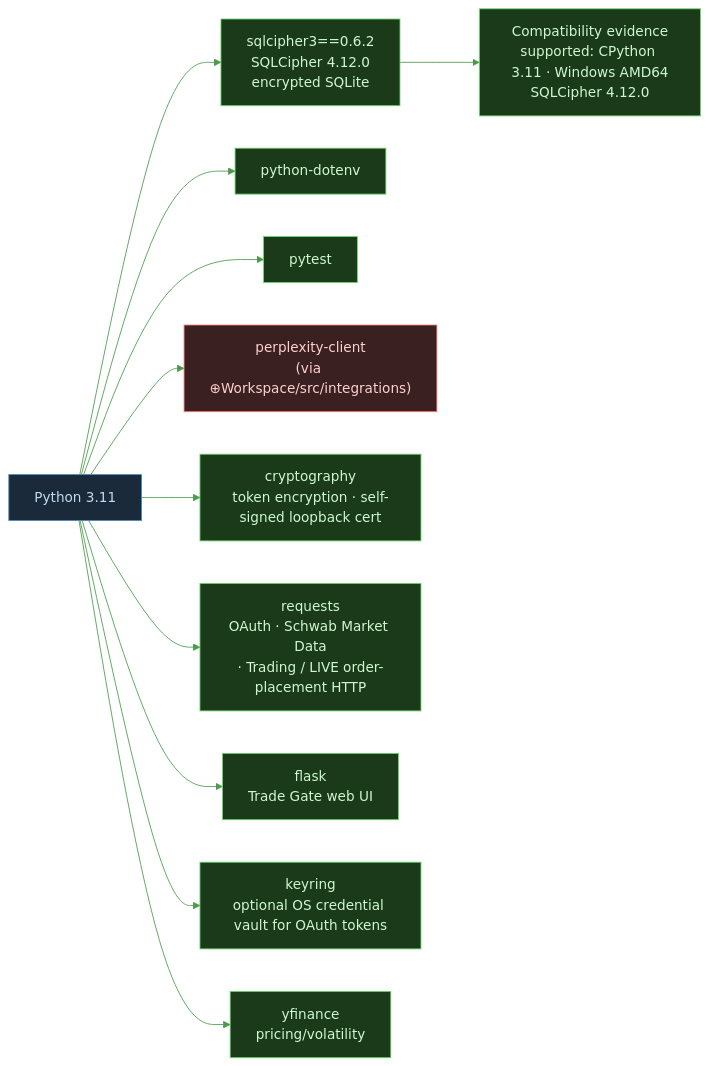
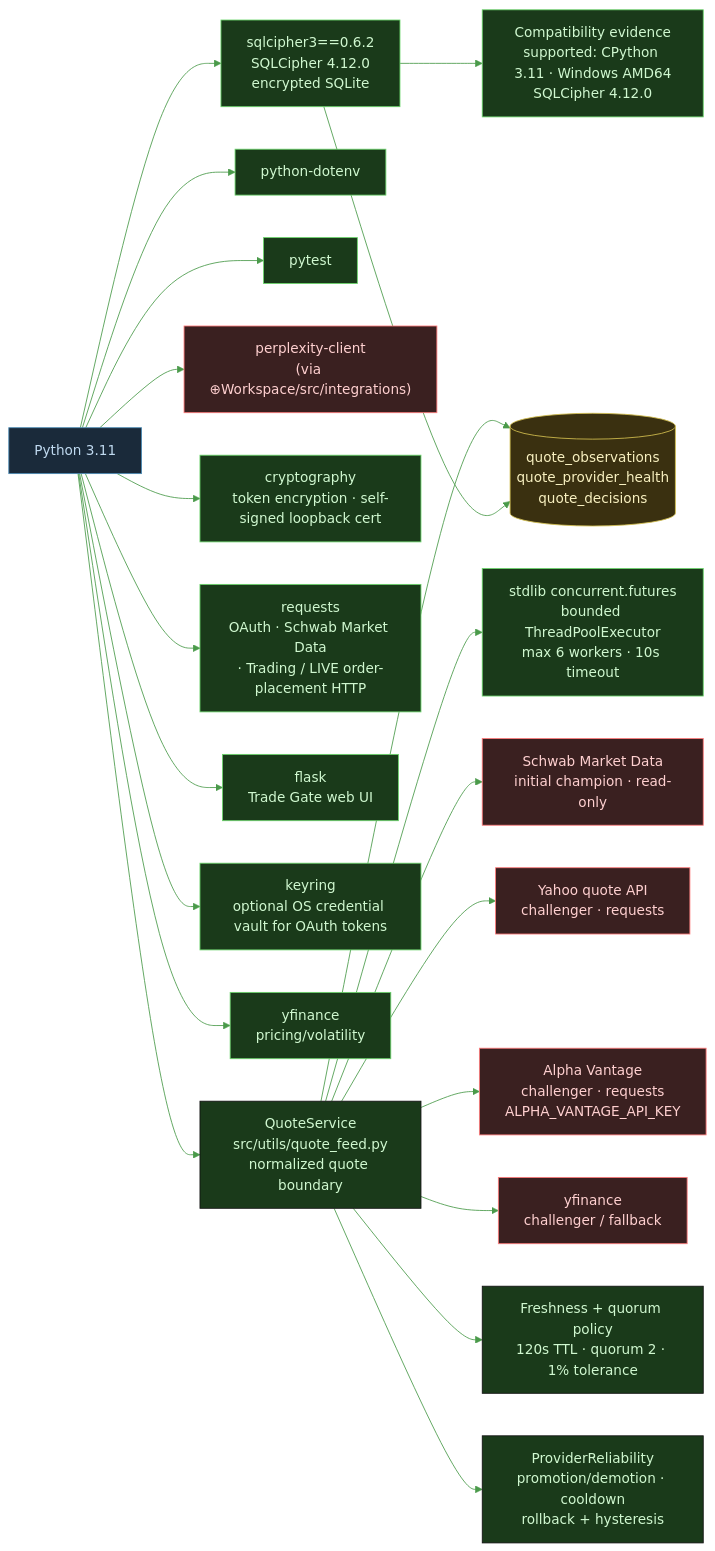
Before and after one commit to tylerdrakemusic/-Workspace: the diagram in diagrams/capital-tech-stack.mmd, drawn with Mermaid. The commit also changed 2 other files, not shown here.

Commit message:
docs: update SigmaCapital quote service diagrams

```diff
--- a/diagrams/capital-tech-stack.mmd
+++ b/diagrams/capital-tech-stack.mmd
@@ -1,27 +1,39 @@
 %%{init: {'theme': 'base', 'themeVariables': {'primaryColor': '#1a3a1a', 'primaryTextColor': '#d0f8d0', 'edgeLabelBackground': '#0f1318', 'lineColor': '#4a9a4a'}}}%%
 graph LR
     Python[Python 3.11] --> SQLCipher[sqlcipher3==0.6.2<br/>SQLCipher 4.12.0<br/>encrypted SQLite]
     SQLCipher --> SQLCipherEvidence[Compatibility evidence<br/>supported: CPython 3.11 · Windows AMD64<br/>SQLCipher 4.12.0]
     Python --> Dotenv[python-dotenv]
     Python --> Pytest[pytest]
     Python --> Perplexity["perplexity-client<br/>(via ⊕Workspace/src/integrations)"]
     Python --> Crypto["cryptography<br/>token encryption · self-signed loopback cert"]
     Python --> Requests["requests<br/>OAuth · Schwab Market Data<br/>· Trading / LIVE order-placement HTTP"]
     Python --> Flask[flask<br/>Trade Gate web UI]
     Python --> Keyring["keyring<br/>optional OS credential vault for OAuth tokens"]
     Python --> YFinance[yfinance<br/>pricing/volatility]
+    Python --> QuoteService[QuoteService<br/>src/utils/quote_feed.py<br/>normalized quote boundary]
+    QuoteService --> QuoteConcurrency[stdlib concurrent.futures<br/>bounded ThreadPoolExecutor<br/>max 6 workers · 10s timeout]
+    QuoteService --> SchwabMarketData[Schwab Market Data<br/>initial champion · read-only]
+    QuoteService --> YahooQuote[Yahoo quote API<br/>challenger · requests]
+    QuoteService --> AlphaVantage[Alpha Vantage<br/>challenger · requests<br/>ALPHA_VANTAGE_API_KEY]
+    QuoteService --> YFinanceFallback[yfinance<br/>challenger / fallback]
+    QuoteService --> QuotePolicy[Freshness + quorum policy<br/>120s TTL · quorum 2 · 1% tolerance]
+    QuoteService --> Reliability[ProviderReliability<br/>promotion/demotion · cooldown<br/>rollback + hysteresis]
+    QuoteService --> QuoteTables[(quote_observations<br/>quote_provider_health<br/>quote_decisions)]
+    SQLCipher --> QuoteTables
     class Python lang
-    class SQLCipher,SQLCipherEvidence,Dotenv,Pytest,Crypto,Requests,Flask,Keyring,YFinance lib
-    class Perplexity ext
+    class SQLCipher,SQLCipherEvidence,Dotenv,Pytest,Crypto,Requests,Flask,Keyring,YFinance,QuoteConcurrency lib
+    class QuoteService,QuotePolicy,Reliability orch
+    class QuoteTables db
+    class Perplexity,SchwabMarketData,YahooQuote,AlphaVantage,YFinanceFallback ext
 
 classDef life     fill:#1a2e3a,stroke:#6ab4d4,color:#d0ecf8
 classDef music    fill:#3a1a24,stroke:#d47a8f,color:#f8d0dc
 classDef quantum  fill:#251a3a,stroke:#a07adf,color:#e8d0f8
 classDef manifest fill:#3a2e1a,stroke:#d4a96a,color:#f8ead0
 classDef capital  fill:#1a3a1a,stroke:#6ad46a,color:#d0f8d0
 classDef ws       fill:#1a3a30,stroke:#6ad4b4,color:#d0f8ee
 classDef tyler    fill:#2a1a3a,stroke:#9e4aff,color:#fff
 classDef ext      fill:#3a2020,stroke:#ff7a7a,color:#ffd0d0
 classDef db       fill:#3a3010,stroke:#d4c050,color:#f8f0c0
 classDef lang     fill:#1a2a3a,stroke:#4a8ab4,color:#c0daf0
 classDef lib      fill:#1a3a1a,stroke:#6ad46a,color:#d0f8d0
```
